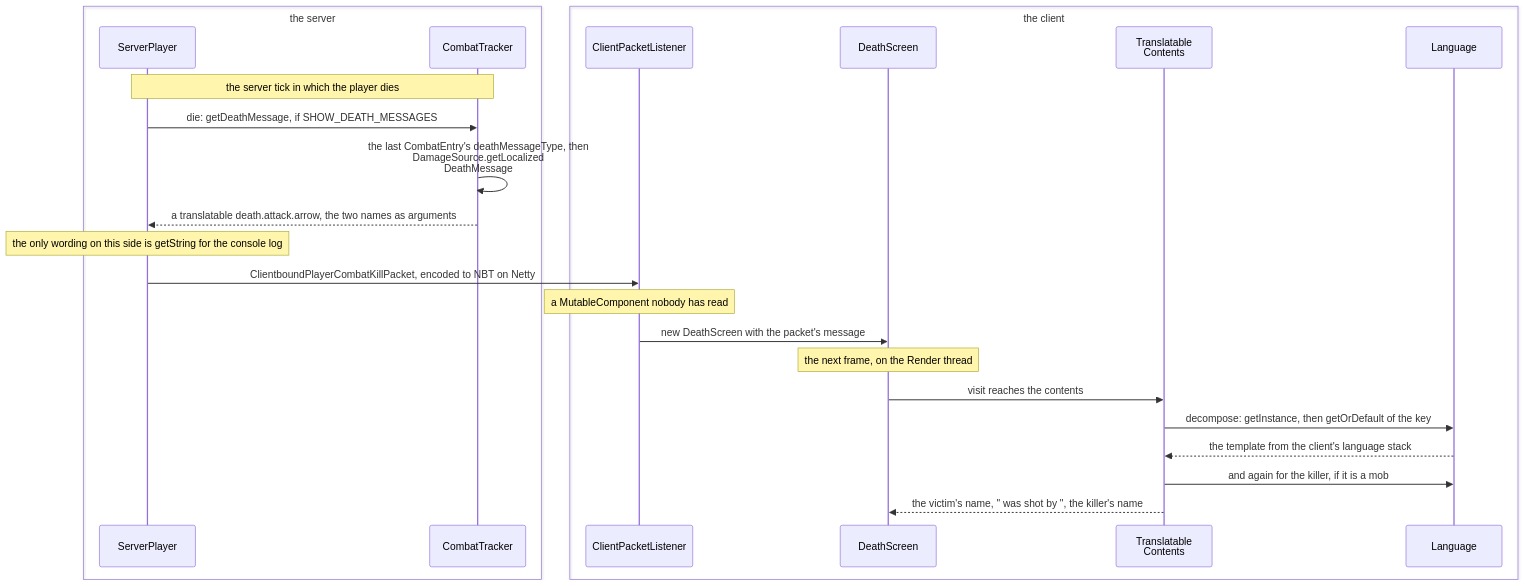
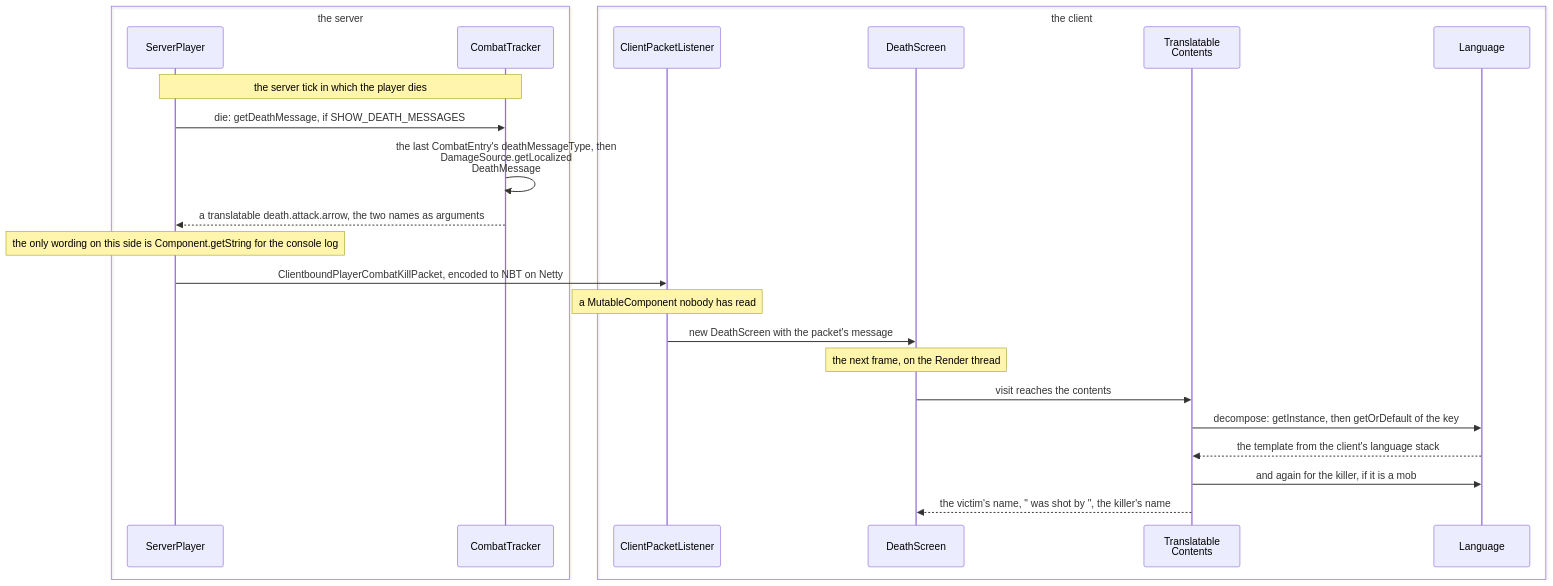
One commit to AlexanderjFraser/MinecraftDocs changed the second of 2 diagrams in src/systems/foundations/text-components.md. Above: the diagram before and after it, drawn with Mermaid. The commit also changed 55 other files, not shown here.

First line of the commit message:
pass 7, session O — the close, before K: the figure gate strict, the landing figures read as one set, and one strike in thirty not borne out

````diff
--- a/src/systems/foundations/text-components.md
+++ b/src/systems/foundations/text-components.md
@@ -300,28 +300,28 @@
 ```mermaid
 sequenceDiagram
     box transparent the server
     participant SP as ServerPlayer
     participant CT as CombatTracker
     end
     box transparent the client
     participant CPL as ClientPacketListener
     participant DScr as DeathScreen
     participant TrC as Translatable<br/>Contents
     participant Language as Language
     end
 
     Note over SP,CT: the server tick in which the player dies
     SP->>CT: die: getDeathMessage, if SHOW_DEATH_MESSAGES
     CT->>CT: the last CombatEntry's deathMessageType, then<br/>DamageSource.getLocalized<br/>DeathMessage
     CT-->>SP: a translatable death.attack.arrow, the two names as arguments
-    Note over SP: the only wording on this side is getString for the console log
+    Note over SP: the only wording on this side is Component.getString for the console log
     SP->>CPL: ClientboundPlayerCombatKillPacket, encoded to NBT on Netty
     Note over CPL: a MutableComponent nobody has read
     CPL->>DScr: new DeathScreen with the packet's message
     Note over DScr: the next frame, on the Render thread
     DScr->>TrC: visit reaches the contents
     TrC->>Language: decompose: getInstance, then getOrDefault of the key
     Language-->>TrC: the template from the client's language stack
     TrC->>Language: and again for the killer, if it is a mob
     TrC-->>DScr: the victim's name, " was shot by ", the killer's name
 ```
````
